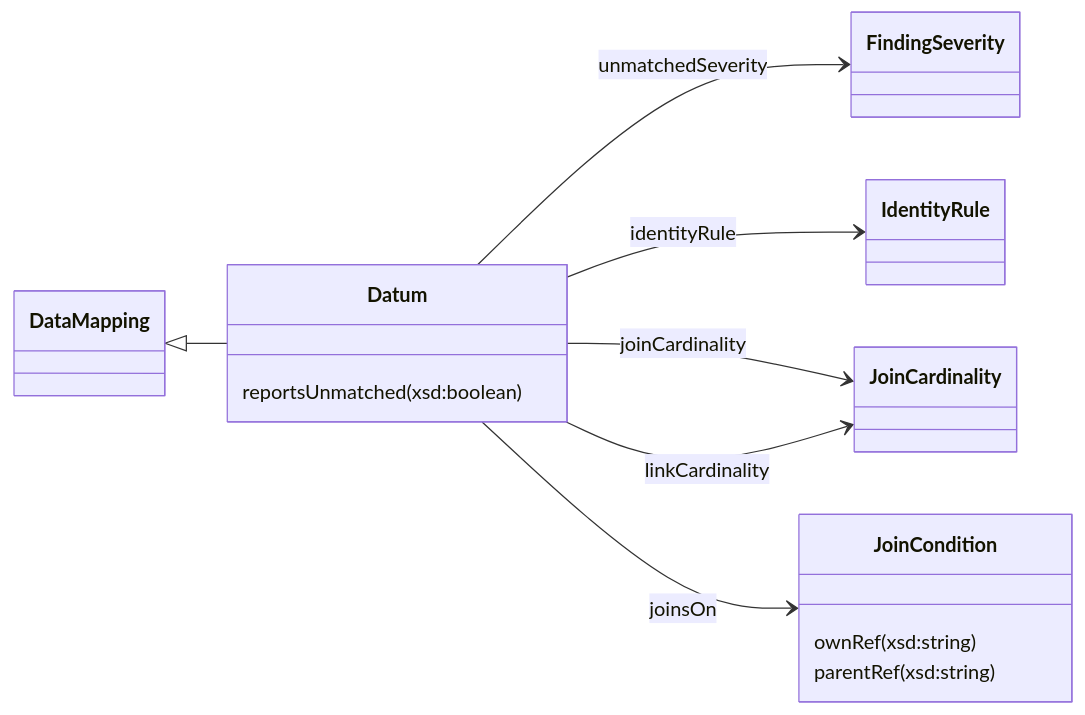
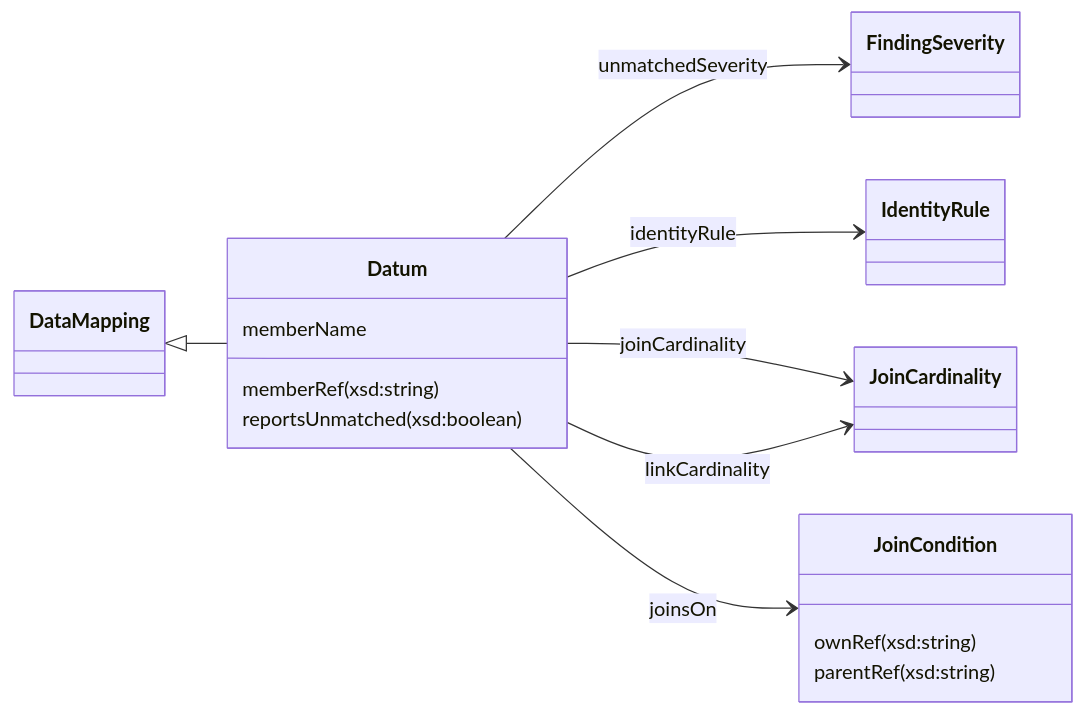
Before and after one commit to nebularis/lattice: the ninth of 16 diagrams in ontology/mork/README.md, drawn with Mermaid. The commit also changed other lines of this file and 32 other files, not shown here.

````diff
--- a/ontology/mork/README.md
+++ b/ontology/mork/README.md
@@ -527,21 +533,23 @@
 ```mermaid
 classDiagram
     direction LR
     class DataMapping
     class Datum {
+        memberName
+        memberRef (xsd:string)
         reportsUnmatched (xsd:boolean)
     }
     class FindingSeverity
     class IdentityRule
     class JoinCardinality
     class JoinCondition {
         ownRef (xsd:string)
         parentRef (xsd:string)
     }
     DataMapping <|-- Datum
     Datum --> FindingSeverity : unmatchedSeverity
     Datum --> IdentityRule : identityRule
     Datum --> JoinCardinality : joinCardinality
     Datum --> JoinCardinality : linkCardinality
     Datum --> JoinCondition : joinsOn
 ```
````
